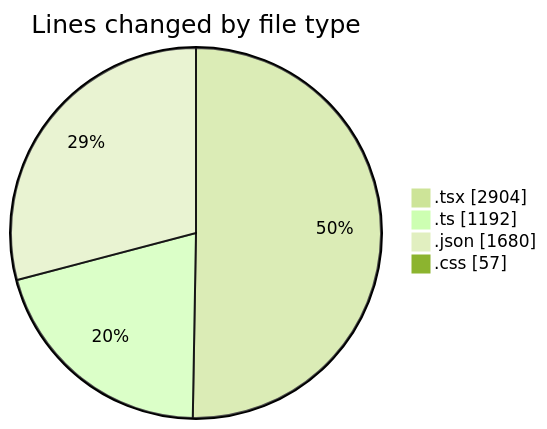
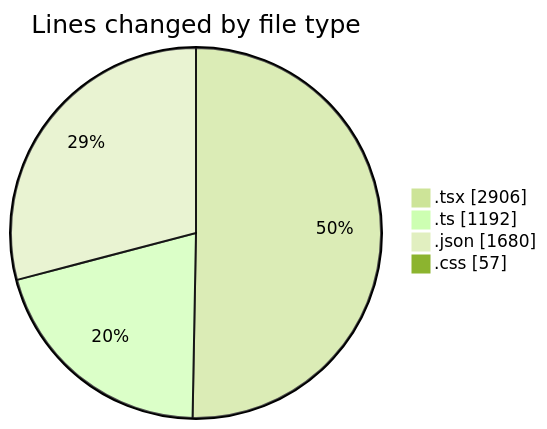
One commit to julien-gomy/code-tracking changed the first of 2 diagrams in 2025-10-09/eventscop-frontend-guide__workspace_/README.md. Above: the diagram before and after it, drawn with Mermaid (forest theme). The commit also changed other lines of this file and 1 other file, not shown here.

````diff
--- a/2025-10-09/eventscop-frontend-guide__workspace_/README.md
+++ b/2025-10-09/eventscop-frontend-guide__workspace_/README.md
@@ -51,8 +51,8 @@
 ```mermaid
 pie showData
 title Lines changed by file type
-".tsx" : 2904
+".tsx" : 2906
 ".ts" : 1192
 ".json" : 1680
 ".css" : 57
 ```
````
